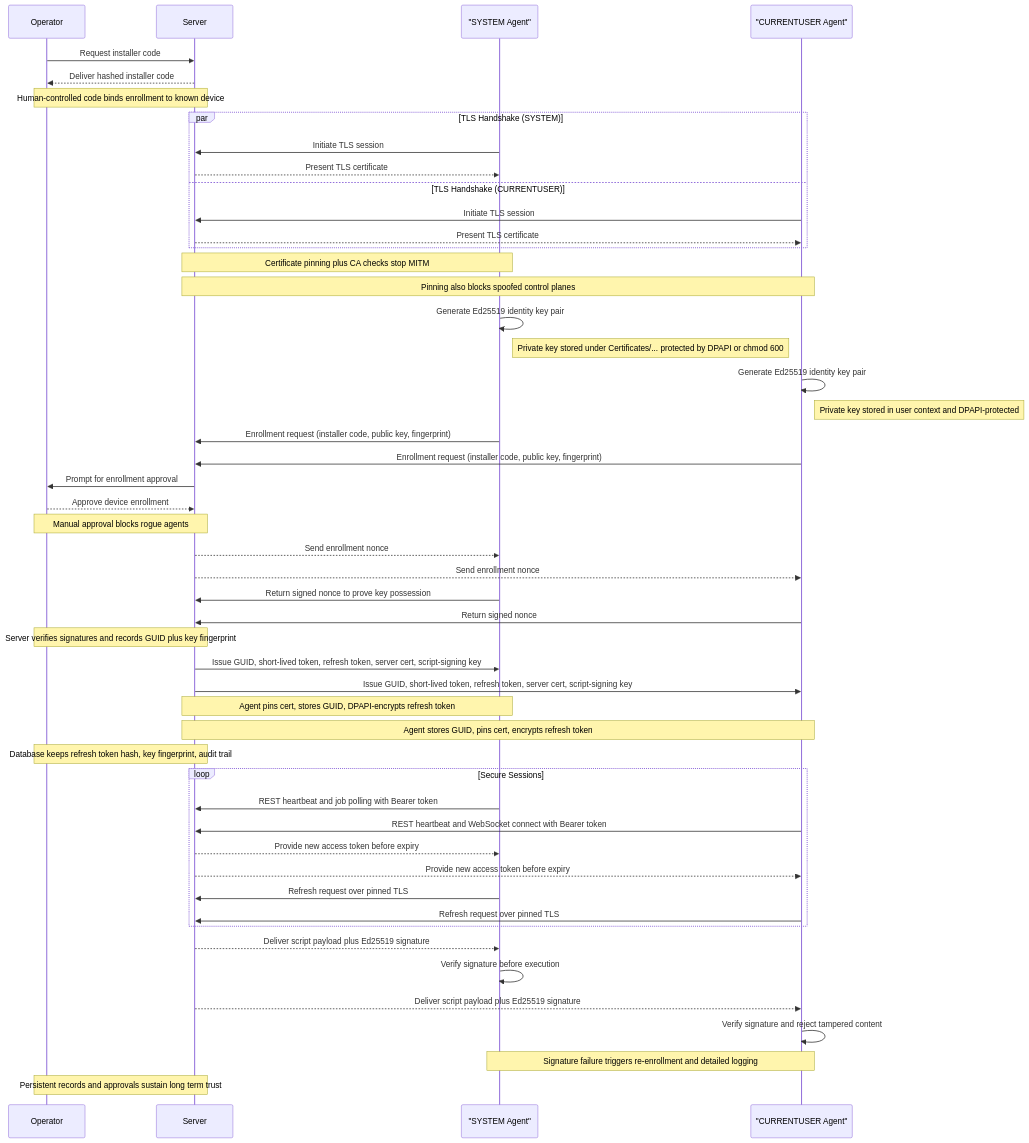
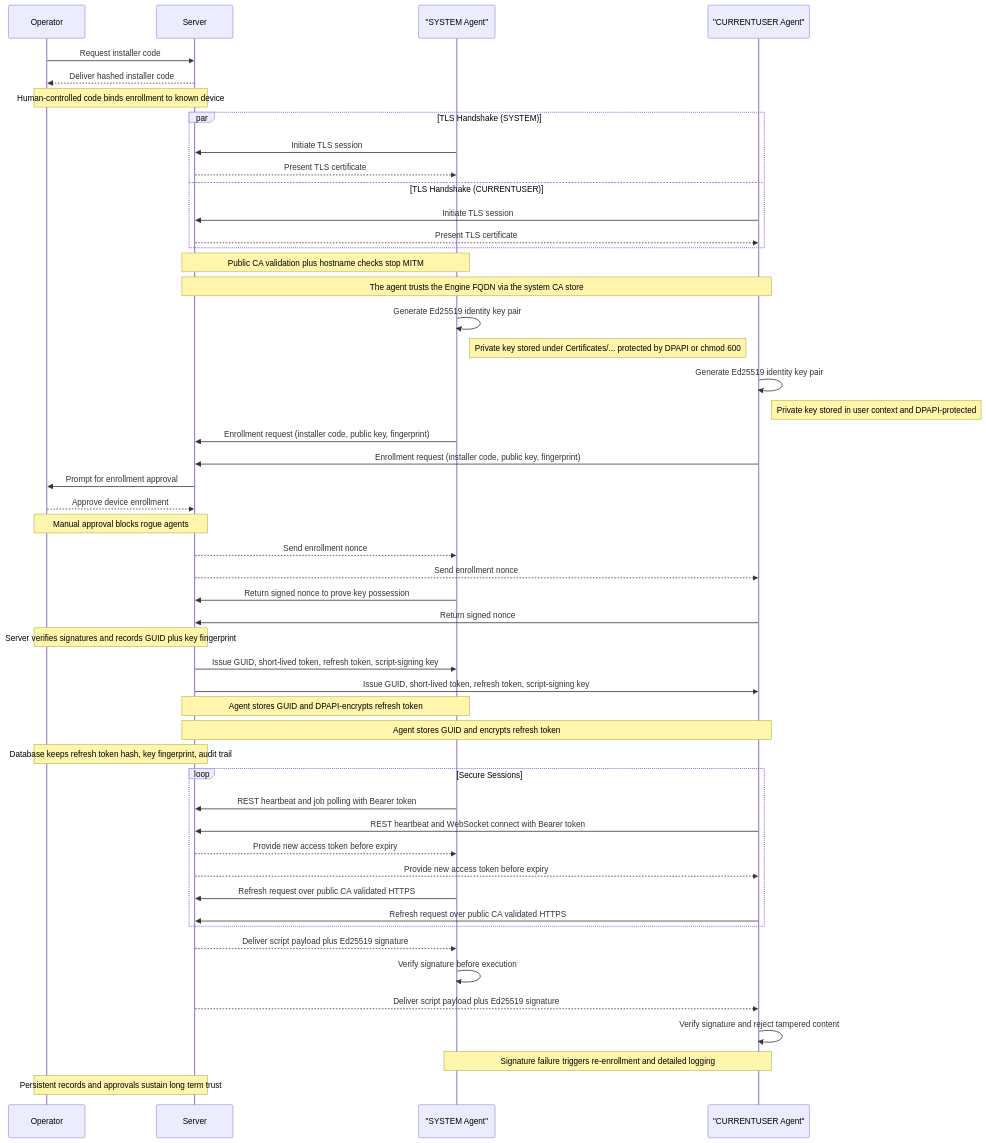
The first of 2 diagrams in Docs/security-and-trust.md (bunny-lab-io/Borealis), drawn with Mermaid before and after one commit. The commit also changed other lines of this file and 31 other files, not shown here.

````diff
--- a/Docs/security-and-trust.md
+++ b/Docs/security-and-trust.md
@@ -79,61 +79,61 @@
 ```mermaid
 sequenceDiagram
     participant Operator
     participant Server
     participant SYS as "SYSTEM Agent"
     participant CUR as "CURRENTUSER Agent"
 
     Operator->>Server: Request installer code
     Server-->>Operator: Deliver hashed installer code
     Note over Operator,Server: Human-controlled code binds enrollment to known device
 
     par TLS Handshake (SYSTEM)
         SYS->>Server: Initiate TLS session
         Server-->>SYS: Present TLS certificate
     and TLS Handshake (CURRENTUSER)
         CUR->>Server: Initiate TLS session
         Server-->>CUR: Present TLS certificate
     end
-    Note over SYS,Server: Certificate pinning plus CA checks stop MITM
-    Note over CUR,Server: Pinning also blocks spoofed control planes
+    Note over SYS,Server: Public CA validation plus hostname checks stop MITM
+    Note over CUR,Server: The agent trusts the Engine FQDN via the system CA store
 
     SYS->>SYS: Generate Ed25519 identity key pair
     Note right of SYS: Private key stored under Certificates/... protected by DPAPI or chmod 600
     CUR->>CUR: Generate Ed25519 identity key pair
     Note right of CUR: Private key stored in user context and DPAPI-protected
 
     SYS->>Server: Enrollment request (installer code, public key, fingerprint)
     CUR->>Server: Enrollment request (installer code, public key, fingerprint)
 
     Server->>Operator: Prompt for enrollment approval
     Operator-->>Server: Approve device enrollment
     Note over Operator,Server: Manual approval blocks rogue agents
 
     Server-->>SYS: Send enrollment nonce
     Server-->>CUR: Send enrollment nonce
     SYS->>Server: Return signed nonce to prove key possession
     CUR->>Server: Return signed nonce
     Note over Server,Operator: Server verifies signatures and records GUID plus key fingerprint
 
-    Server->>SYS: Issue GUID, short-lived token, refresh token, server cert, script-signing key
-    Server->>CUR: Issue GUID, short-lived token, refresh token, server cert, script-signing key
-    Note over SYS,Server: Agent pins cert, stores GUID, DPAPI-encrypts refresh token
-    Note over CUR,Server: Agent stores GUID, pins cert, encrypts refresh token
+    Server->>SYS: Issue GUID, short-lived token, refresh token, script-signing key
+    Server->>CUR: Issue GUID, short-lived token, refresh token, script-signing key
+    Note over SYS,Server: Agent stores GUID and DPAPI-encrypts refresh token
+    Note over CUR,Server: Agent stores GUID and encrypts refresh token
     Note over Server,Operator: Database keeps refresh token hash, key fingerprint, audit trail
 
     loop Secure Sessions
         SYS->>Server: REST heartbeat and job polling with Bearer token
         CUR->>Server: REST heartbeat and WebSocket connect with Bearer token
         Server-->>SYS: Provide new access token before expiry
         Server-->>CUR: Provide new access token before expiry
-        SYS->>Server: Refresh request over pinned TLS
-        CUR->>Server: Refresh request over pinned TLS
+        SYS->>Server: Refresh request over public CA validated HTTPS
+        CUR->>Server: Refresh request over public CA validated HTTPS
     end
 
     Server-->>SYS: Deliver script payload plus Ed25519 signature
     SYS->>SYS: Verify signature before execution
     Server-->>CUR: Deliver script payload plus Ed25519 signature
     CUR->>CUR: Verify signature and reject tampered content
     Note over SYS,CUR: Signature failure triggers re-enrollment and detailed logging
     Note over Server,Operator: Persistent records and approvals sustain long term trust
 ```
````
